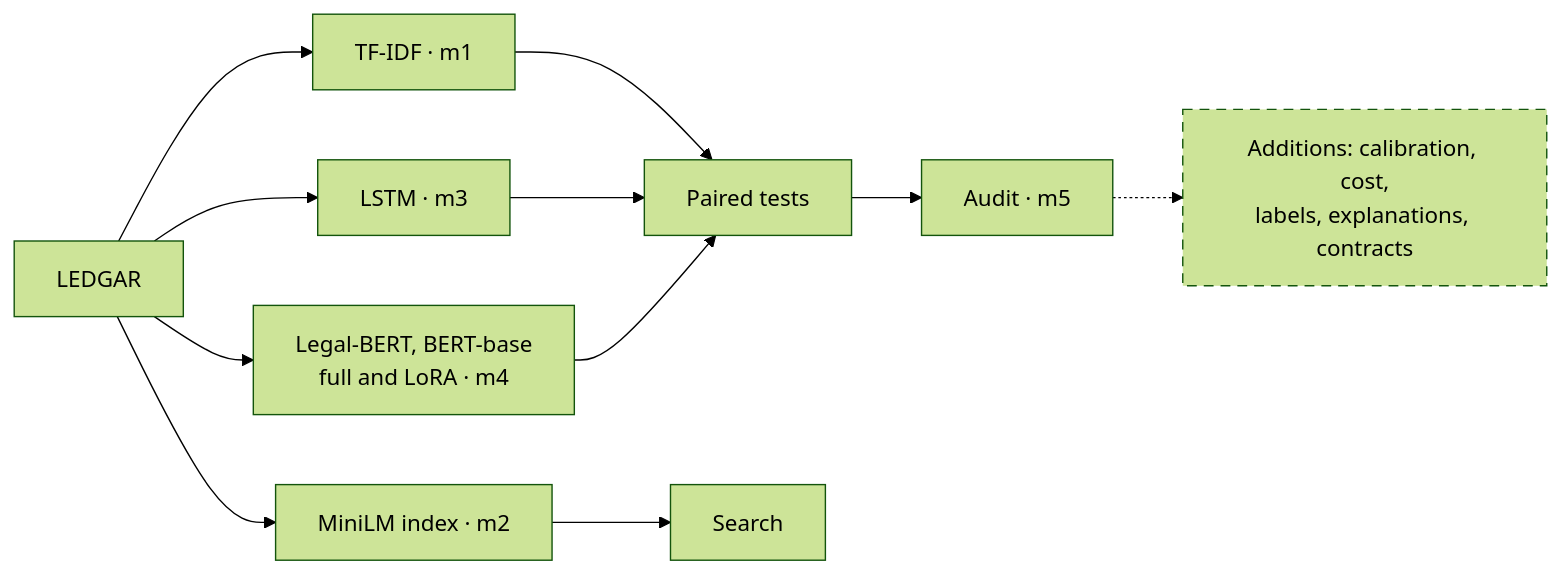
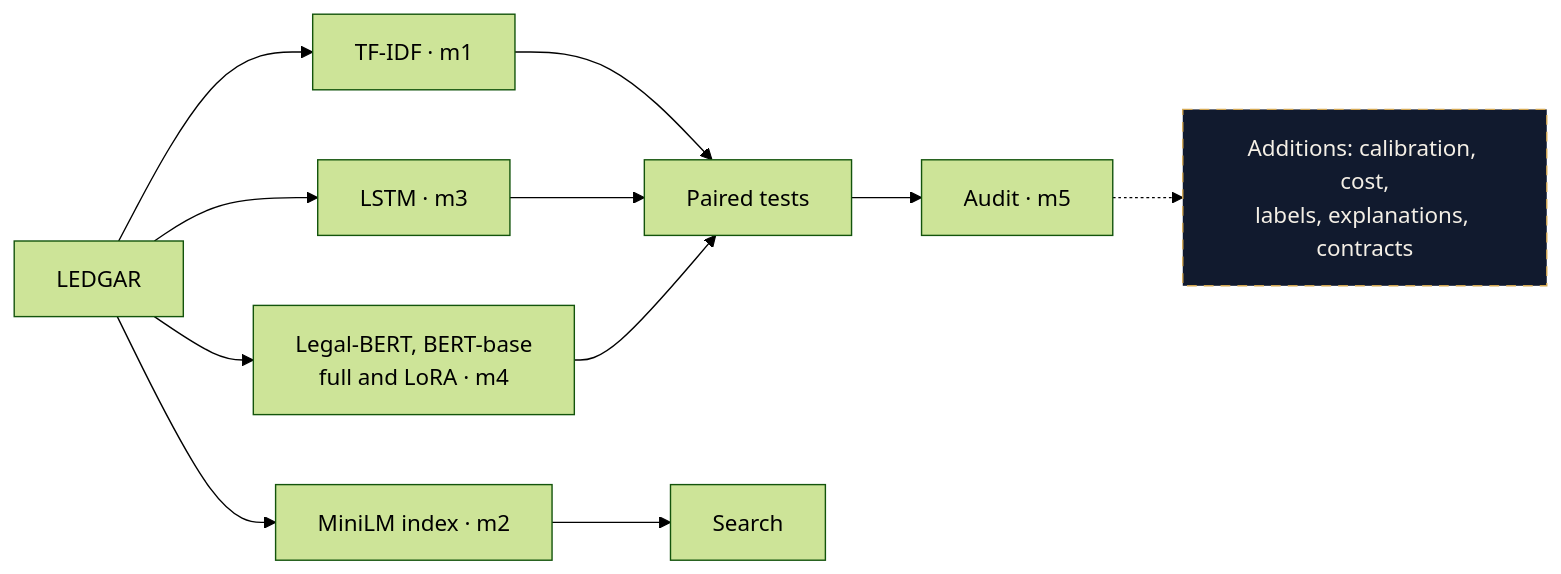
One commit to Exowz/clausier-ledgar changed the diagram in slides/slides.md. Above: the diagram before and after it, drawn with Mermaid (forest theme). The commit also changed other lines of this file and 15 other files, not shown here.

````diff
--- a/slides/slides.md
+++ b/slides/slides.md
@@ -79,14 +80,14 @@
 ```mermaid {scale: 0.9}
 flowchart LR
   L[LEDGAR] --> T[TF-IDF · m1]
   L --> R[LSTM · m3]
   L --> B[Legal-BERT, BERT-base<br/>full and LoRA · m4]
   T --> P[Paired tests]
   R --> P
   B --> P
   P --> A[Audit · m5]
   L --> M[MiniLM index · m2]
   M --> S[Search]
   A -.-> X[Additions: calibration, cost,<br/>labels, explanations, contracts]
-  style X stroke-dasharray: 7 5
+  style X stroke:#d4a853,stroke-dasharray:7 5,color:#f4efe6,fill:#111a2e
 ```
````
